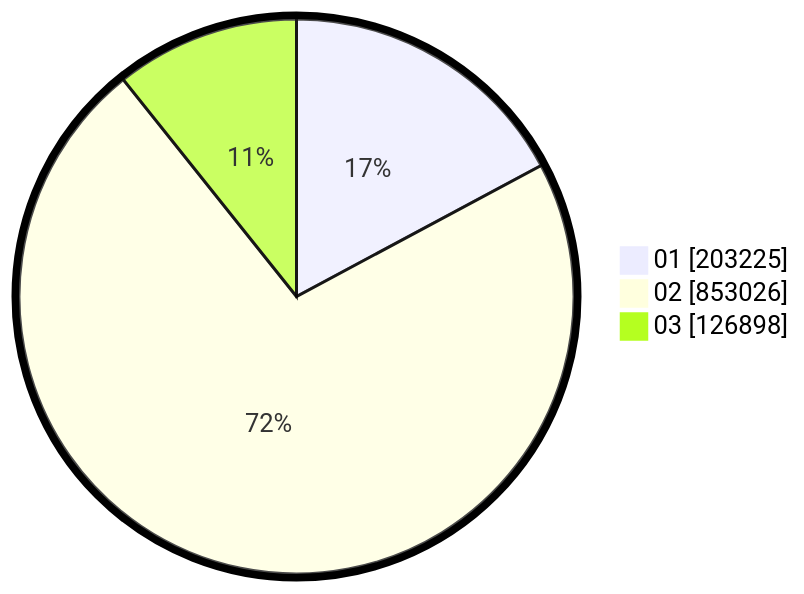
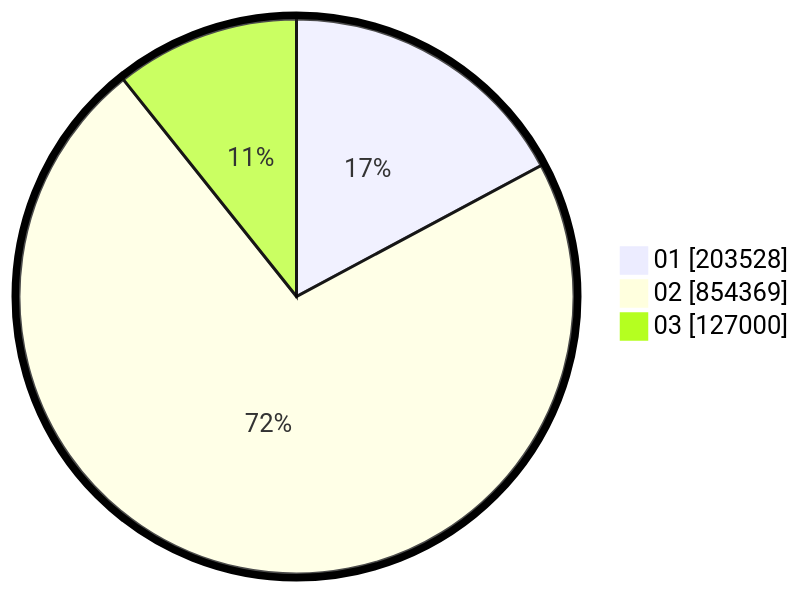
One commit to gigit-pemilu/pemilu-2024 changed the second of 2 diagrams in pilpres/hitung-suara/sub/table-wilayah-62.md. Above: the diagram before and after it, drawn with Mermaid. The commit also changed other lines of this file and 10 other files, not shown here.

````diff
--- a/pilpres/hitung-suara/sub/table-wilayah-62.md
+++ b/pilpres/hitung-suara/sub/table-wilayah-62.md
@@ -15,7 +15,7 @@
 ```mermaid
 %%{init: {"pie": {"textPosition": 0.5}, "themeVariables": {"pieOuterStrokeWidth": "5px"}} }%%
 pie showData
-    "01" : 203225
-    "02" : 853026
-    "03" : 126898
+    "01" : 203528
+    "02" : 854369
+    "03" : 127000
 ```
````
